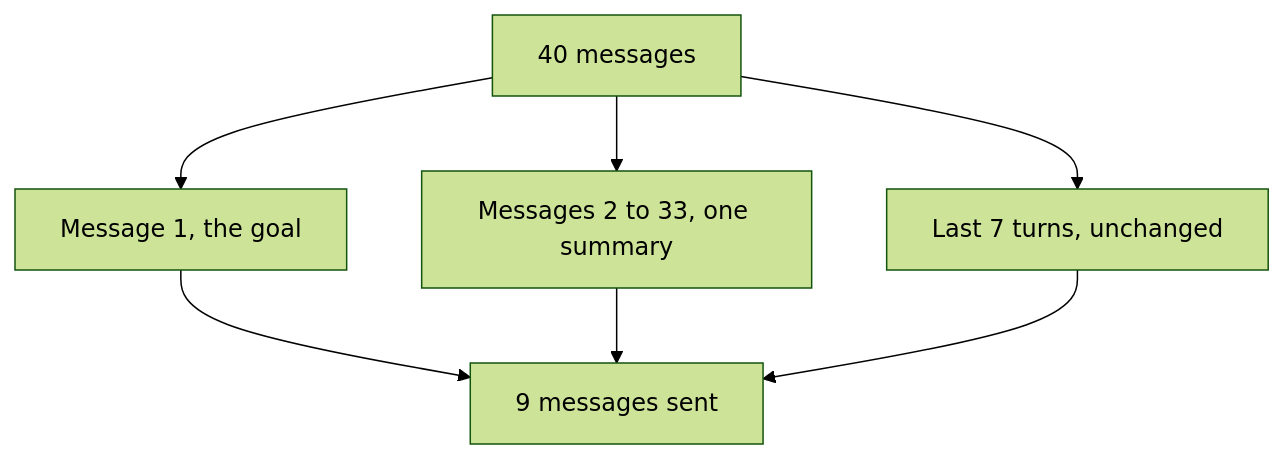
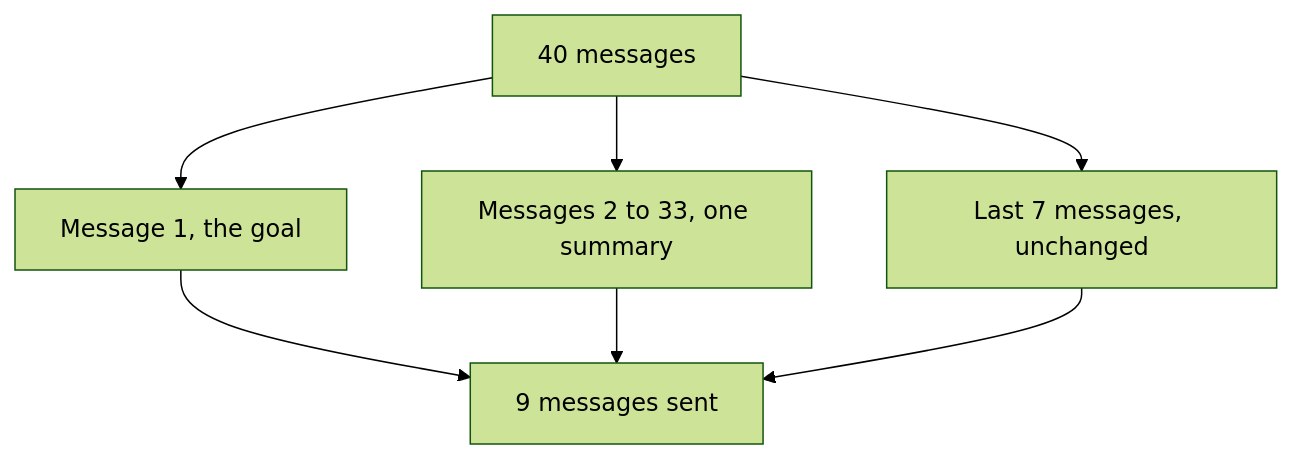
Before and after one commit to pravnyadv/dev-essentials: diagram 15 of 18 in site/authored/ai/agents.md, drawn with Mermaid (forest theme). The commit also changed other lines of this file and 66 other files, not shown here.

````diff
--- a/site/authored/ai/agents.md
+++ b/site/authored/ai/agents.md
@@ -606,8 +615,8 @@
-```mermaid Trimming keeps the first message, one summary and the last turns, which is 9 messages instead of 40
+```mermaid Trimming keeps the first message, one summary and the last messages, which is 9 messages instead of 40
 flowchart TD
   A[40 messages] --> B[Message 1, the goal]
   A --> C[Messages 2 to 33, one summary]
-  A --> D[Last 7 turns, unchanged]
+  A --> D[Last 7 messages, unchanged]
   B & C & D --> E[9 messages sent]
   class E good
 ```
````
